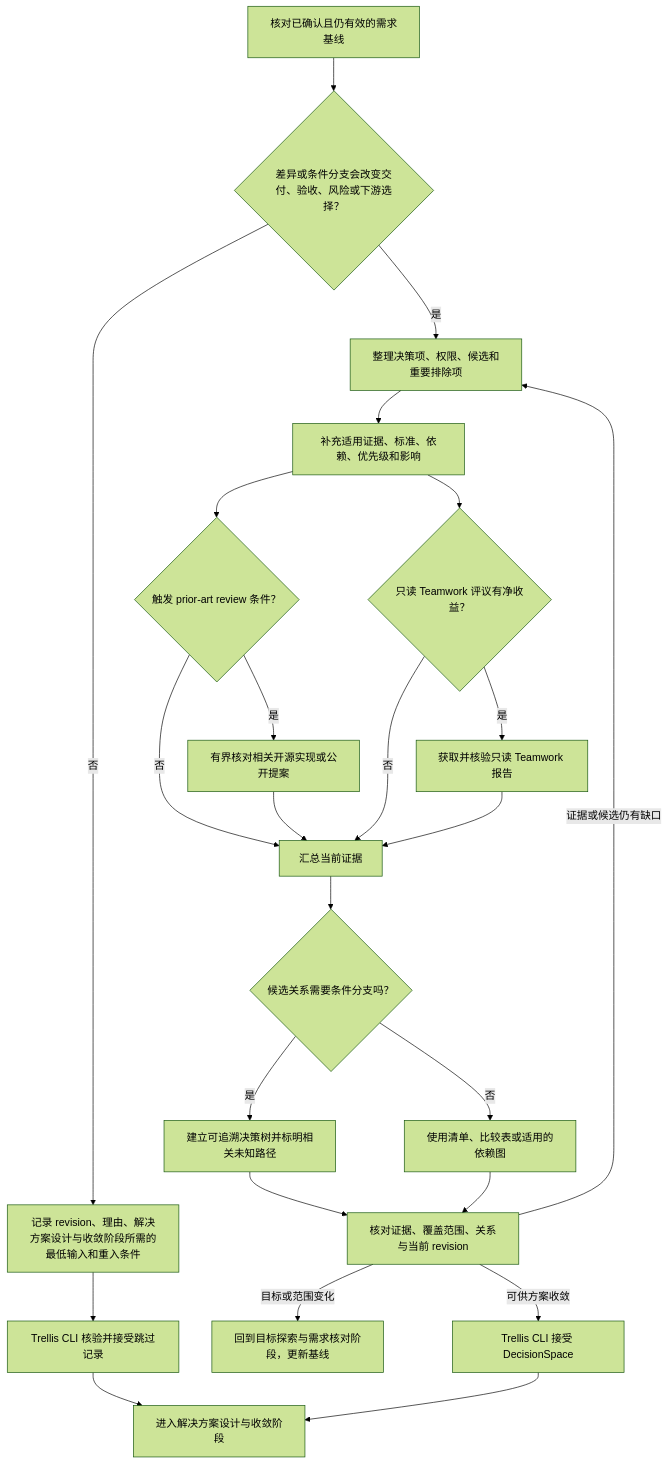
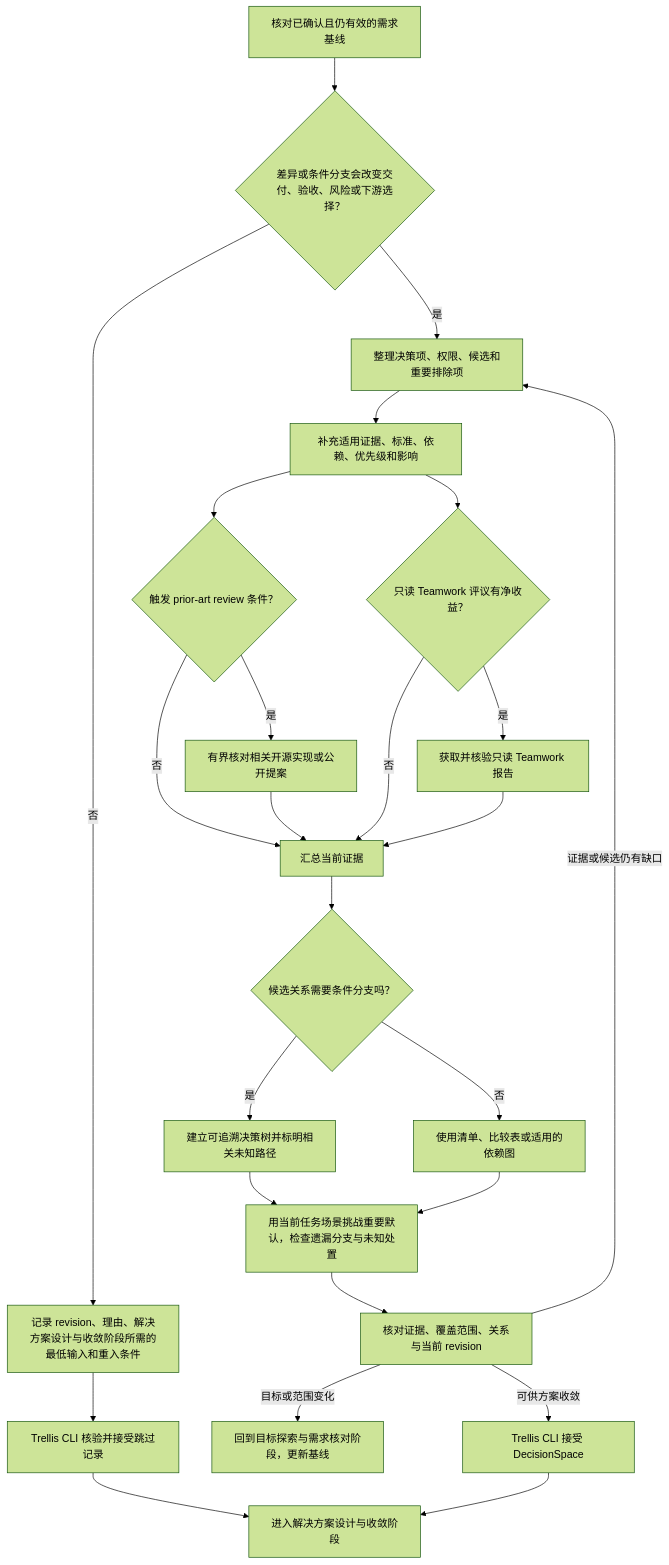
Before and after one commit to PennixRv/Trellis: the diagram in packages/cli/src/templates/common/bundled-skills/trellis-decision-space-construction-and-merging/workflow.md, drawn with Mermaid (forest theme). The commit also changed other lines of this file and 2 other files, not shown here.

Commit message:
fix(workflow): revisit material decisions before convergence

````diff
--- a/packages/cli/src/templates/common/bundled-skills/trellis-decision-space-construction-and-merging/workflow.md
+++ b/packages/cli/src/templates/common/bundled-skills/trellis-decision-space-construction-and-merging/workflow.md
@@ -11,26 +13,27 @@
 ```mermaid
 flowchart TD
   input["核对已确认且仍有效的需求基线"] --> material{"差异或条件分支会改变交付、验收、风险或下游选择？"}
   material -->|"否"| skip["记录 revision、理由、解决方案设计与收敛阶段所需的最低输入和重入条件"]
   skip --> accepted["Trellis CLI 核验并接受跳过记录"]
   material -->|"是"| items["整理决策项、权限、候选和重要排除项"]
   items --> evidence["补充适用证据、标准、依赖、优先级和影响"]
   evidence --> prior{"触发 prior-art review 条件？"}
   prior -->|"是"| review["有界核对相关开源实现或公开提案"]
   prior -->|"否"| merge["汇总当前证据"]
   review --> merge
   evidence --> teamwork_gate{"只读 Teamwork 评议有净收益？"}
   teamwork_gate -->|"是"| teamwork["获取并核验只读 Teamwork 报告"]
   teamwork_gate -->|"否"| merge
   teamwork --> merge
   merge --> representation{"候选关系需要条件分支吗？"}
   representation -->|"是"| tree["建立可追溯决策树并标明相关未知路径"]
   representation -->|"否"| simple["使用清单、比较表或适用的依赖图"]
-  tree --> assess["核对证据、覆盖范围、关系与当前 revision"]
-  simple --> assess
+  tree --> challenge["用当前任务场景挑战重要默认，检查遗漏分支与未知处置"]
+  simple --> challenge
+  challenge --> assess["核对证据、覆盖范围、关系与当前 revision"]
   assess -->|"目标或范围变化"| goal_exploration_and_requirements["回到目标探索与需求核对阶段，更新基线"]
   assess -->|"证据或候选仍有缺口"| items
   assess -->|"可供方案收敛"| output["Trellis CLI 接受 DecisionSpace"]
   accepted --> solution_design_and_convergence["进入解决方案设计与收敛阶段"]
   output --> solution_design_and_convergence
 ```
````
